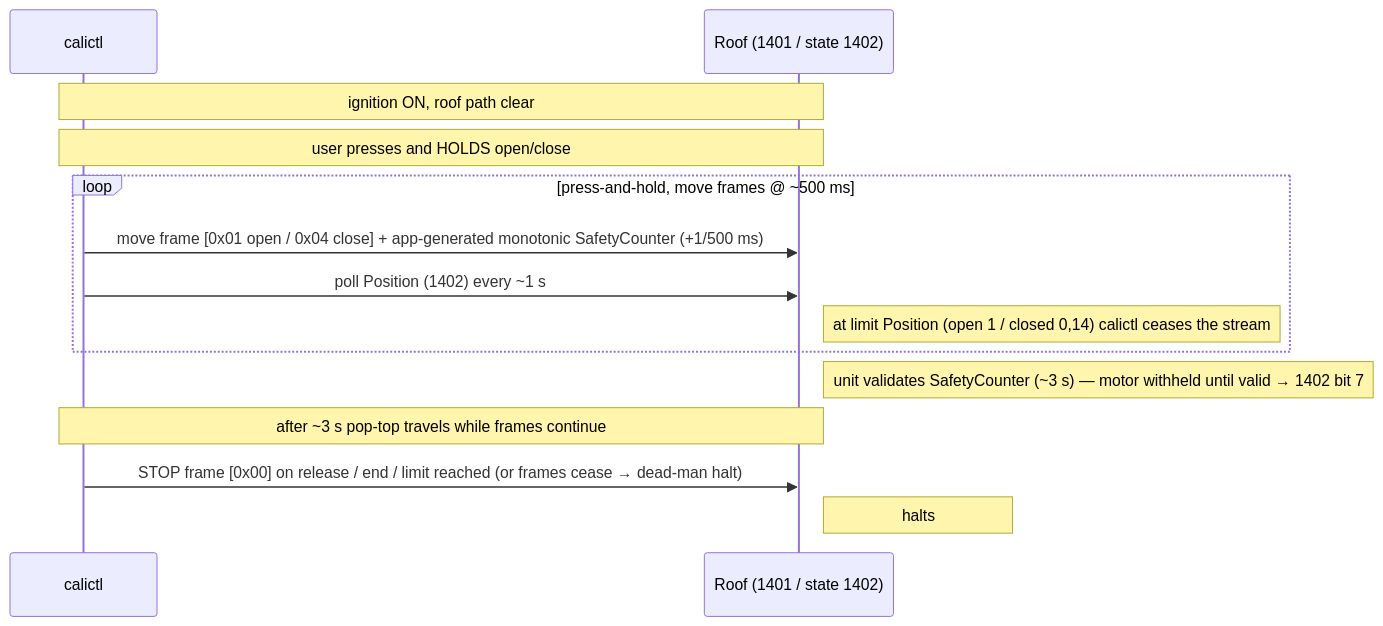
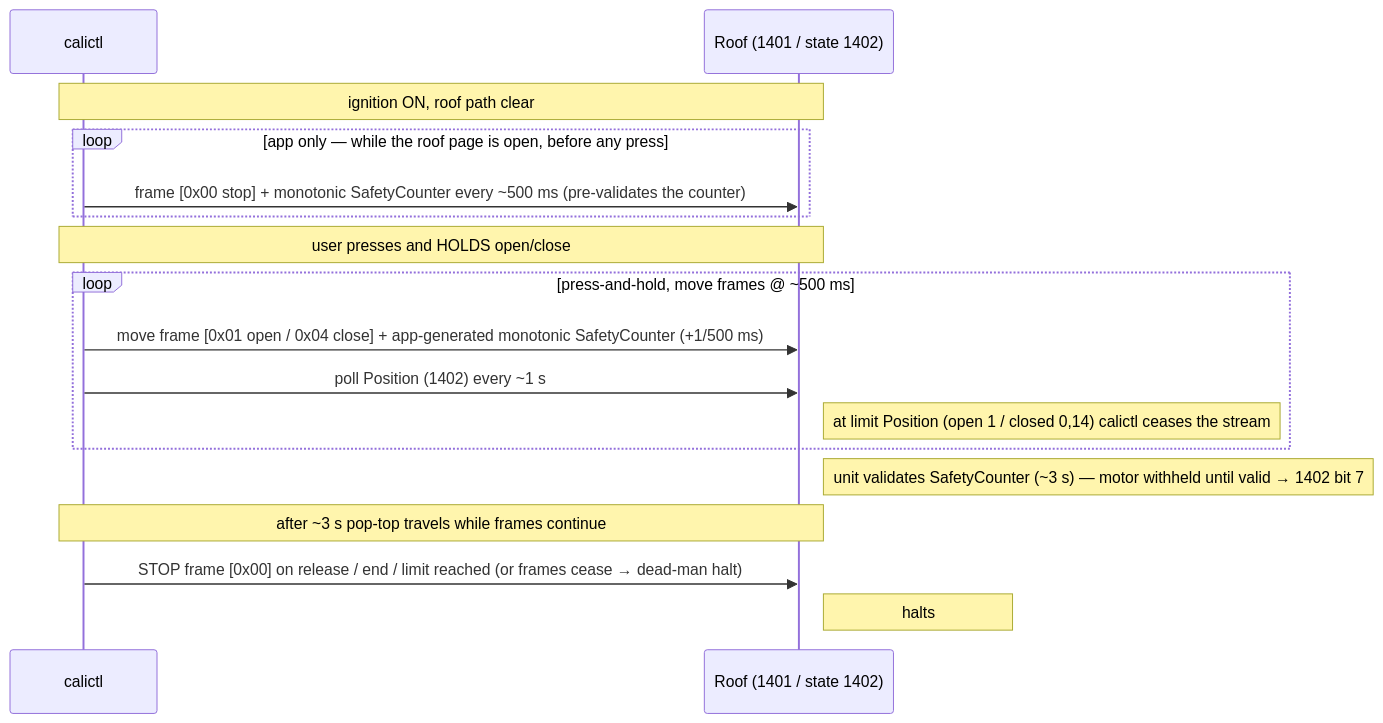
The fifth of 8 diagrams in docs/protocol-sequences.rst (ckeller42/open-california), drawn with Mermaid before and after one commit. The commit also changed other lines of this file and 6 other files, not shown here.

```diff
--- a/docs/protocol-sequences.rst
+++ b/docs/protocol-sequences.rst
@@ -208,16 +232,19 @@
 .. mermaid::
 
     sequenceDiagram
         participant C as calictl
         participant U as Roof (1401 / state 1402)
         Note over C,U: ignition ON, roof path clear
+        loop app only — while the roof page is open, before any press
+            C->>U: frame [0x00 stop] + monotonic SafetyCounter every ~500 ms (pre-validates the counter)
+        end
         Note over C,U: user presses and HOLDS open/close
         loop press-and-hold, move frames @ ~500 ms
             C->>U: move frame [0x01 open / 0x04 close] + app-generated monotonic SafetyCounter (+1/500 ms)
             C->>U: poll Position (1402) every ~1 s
             Note right of U: at limit Position (open 1 / closed 0,14) calictl ceases the stream
         end
         Note right of U: unit validates SafetyCounter (~3 s) — motor withheld until valid → 1402 bit 7
         Note over C,U: after ~3 s pop-top travels while frames continue
         C->>U: STOP frame [0x00] on release / end / limit reached (or frames cease → dead-man halt)
         Note right of U: halts
```
